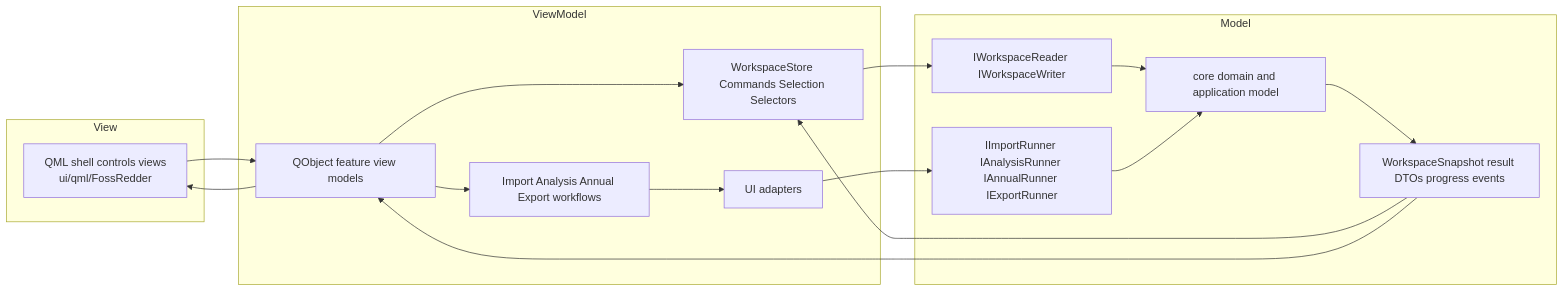
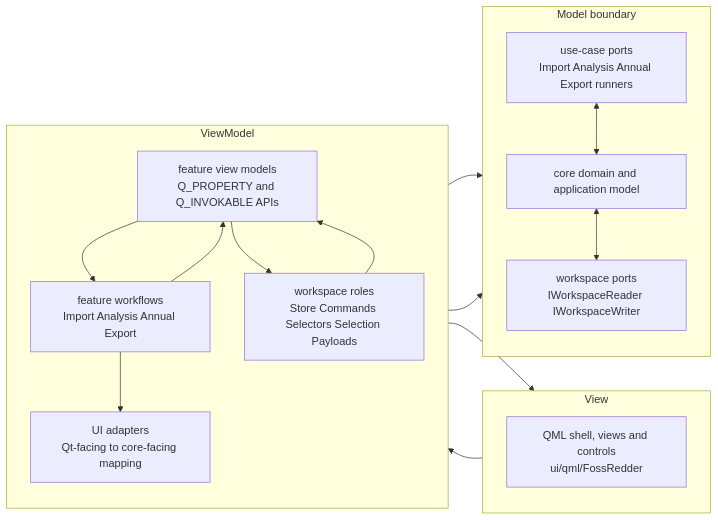
Diagram 13 of 19 in docs/DESIGN.md (Wiiii90/FOSSredder), drawn with Mermaid before and after one commit. The commit also changed other lines of this file and 6 other files, not shown here.

````diff
--- a/docs/DESIGN.md
+++ b/docs/DESIGN.md
@@ -1290,33 +983,34 @@
 ```mermaid
 flowchart LR
   subgraph View["View"]
-    QmlViews["QML shell controls views<br/>ui/qml/FossRedder"]
+    direction TB
+    QmlViews["QML shell, views and controls<br/>ui/qml/FossRedder"]
   end
 
   subgraph ViewModel["ViewModel"]
-    FeatureVms["QObject feature view models"]
-    WorkspaceRoles["WorkspaceStore Commands Selection Selectors"]
-    UiWorkflows["Import Analysis Annual Export workflows"]
-    UiAdapters["UI adapters"]
+    direction TB
+    FeatureVms["feature view models<br/>Q_PROPERTY and Q_INVOKABLE APIs"]
+    UiWorkflows["feature workflows<br/>Import Analysis Annual Export"]
+    UiAdapters["UI adapters<br/>Qt-facing to core-facing mapping"]
+    WorkspaceRoles["workspace roles<br/>Store Commands Selectors Selection Payloads"]
   end
 
-  subgraph Model["Model"]
-    WorkspacePorts["IWorkspaceReader IWorkspaceWriter"]
-    UseCasePorts["IImportRunner IAnalysisRunner IAnnualRunner IExportRunner"]
-    Snapshots["WorkspaceSnapshot result DTOs progress events"]
+  subgraph Model["Model boundary"]
+    direction TB
+    UseCasePorts["use-case ports<br/>Import Analysis Annual Export runners"]
     CoreModel["core domain and application model"]
+    WorkspacePorts["workspace ports<br/>IWorkspaceReader IWorkspaceWriter"]
   end
 
   QmlViews --> FeatureVms
-  FeatureVms --> WorkspaceRoles
   FeatureVms --> UiWorkflows
-  WorkspaceRoles --> WorkspacePorts
   UiWorkflows --> UiAdapters
   UiAdapters --> UseCasePorts
-  WorkspacePorts --> CoreModel
-  UseCasePorts --> CoreModel
-  CoreModel --> Snapshots
-  Snapshots --> WorkspaceRoles
-  Snapshots --> FeatureVms
+  FeatureVms --> WorkspaceRoles
+  WorkspaceRoles --> WorkspacePorts
+  UseCasePorts <--> CoreModel
+  CoreModel <--> WorkspacePorts
+  WorkspaceRoles --> FeatureVms
+  UiWorkflows --> FeatureVms
   FeatureVms --> QmlViews
 ```
````
